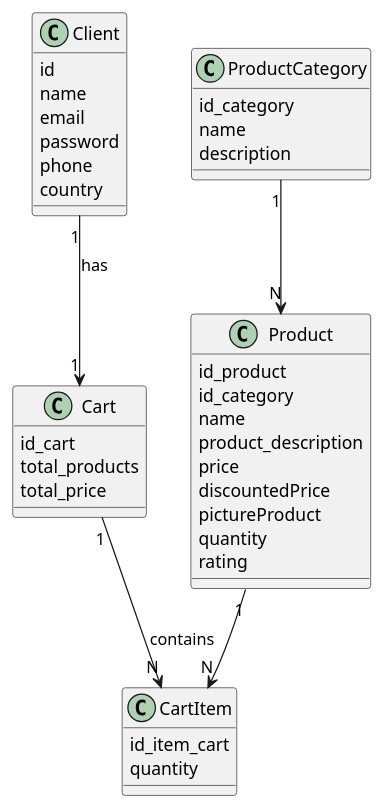
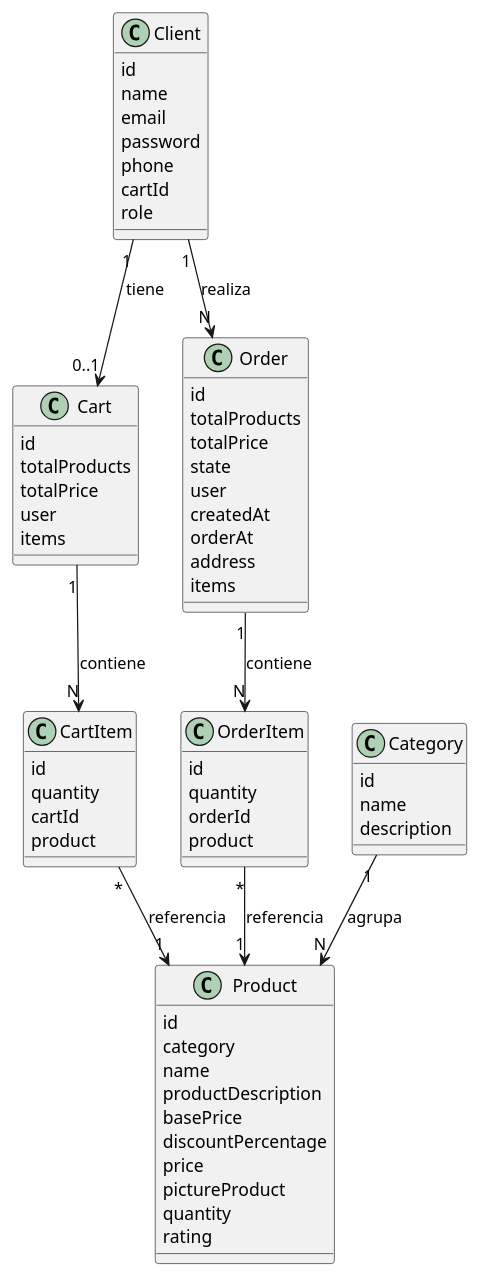
Before and after one commit to VetLine-CIPFPMislata/store-back: the diagram in src/main/java/org/example/storeback/UML/EntityRelationsFinal.puml, drawn with PlantUML. The commit also changed 1 other file, not shown here.

```diff
--- a/src/main/java/org/example/storeback/UML/EntityRelationsFinal.puml
+++ b/src/main/java/org/example/storeback/UML/EntityRelationsFinal.puml
@@ -1,59 +1,85 @@
 @startuml
 
 ' =======================
 '       ENTIDADES
 ' =======================
-
-
 
 class Client {
     id
     name
     email
     password
     phone
-    country
+    cartId
+    role
 }
 
 class Cart {
-    id_cart
-    total_products
-    total_price
+    id
+    totalProducts
+    totalPrice
+    user
+    items
 }
 
 class CartItem {
-    id_item_cart
+    id
     quantity
+    cartId
+    product
 }
 
 class Product {
-    id_product
-    id_category
+    id
+    category
     name
-    product_description
+    productDescription
+    basePrice
+    discountPercentage
     price
-    discountedPrice
     pictureProduct
     quantity
     rating
 }
 
-class ProductCategory {
-    id_category
+class Category {
+    id
     name
     description
+}
+
+class Order {
+    id
+    totalProducts
+    totalPrice
+    state
+    user
+    createdAt
+    orderAt
+    address
+    items
+}
+
+class OrderItem {
+    id
+    quantity
+    orderId
+    product
 }
 
 ' =======================
 '      RELACIONES
 ' =======================
 
-Client "1" --> "1" Cart : has
+Client "1" --> "0..1" Cart : tiene
 
+Cart "1" --> "N" CartItem : contiene
+CartItem "*" --> "1" Product : referencia
 
-Cart "1" --> "N" CartItem : contains
-Product "1" --> "N" CartItem
+Category "1" --> "N" Product : agrupa
 
-ProductCategory "1" --> "N" Product
+Client "1" --> "N" Order : realiza
+Order "1" --> "N" OrderItem : contiene
+OrderItem "*" --> "1" Product : referencia
 
 @enduml
```
